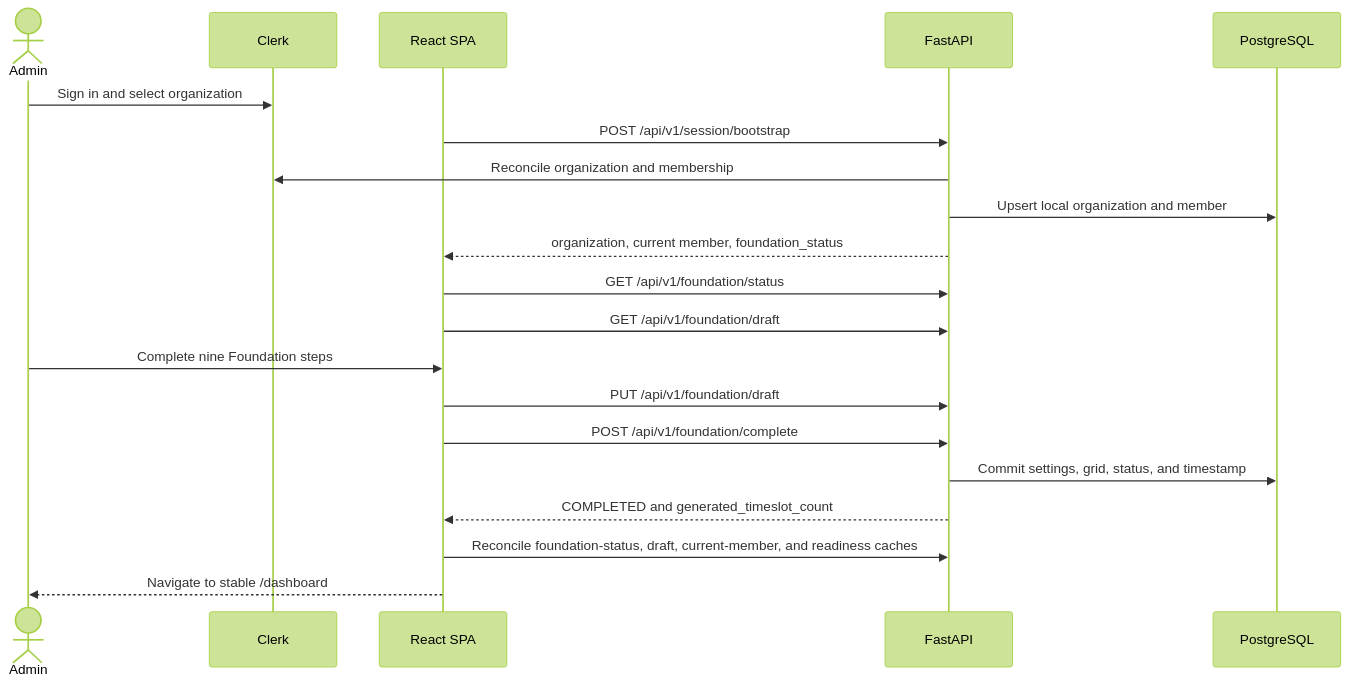
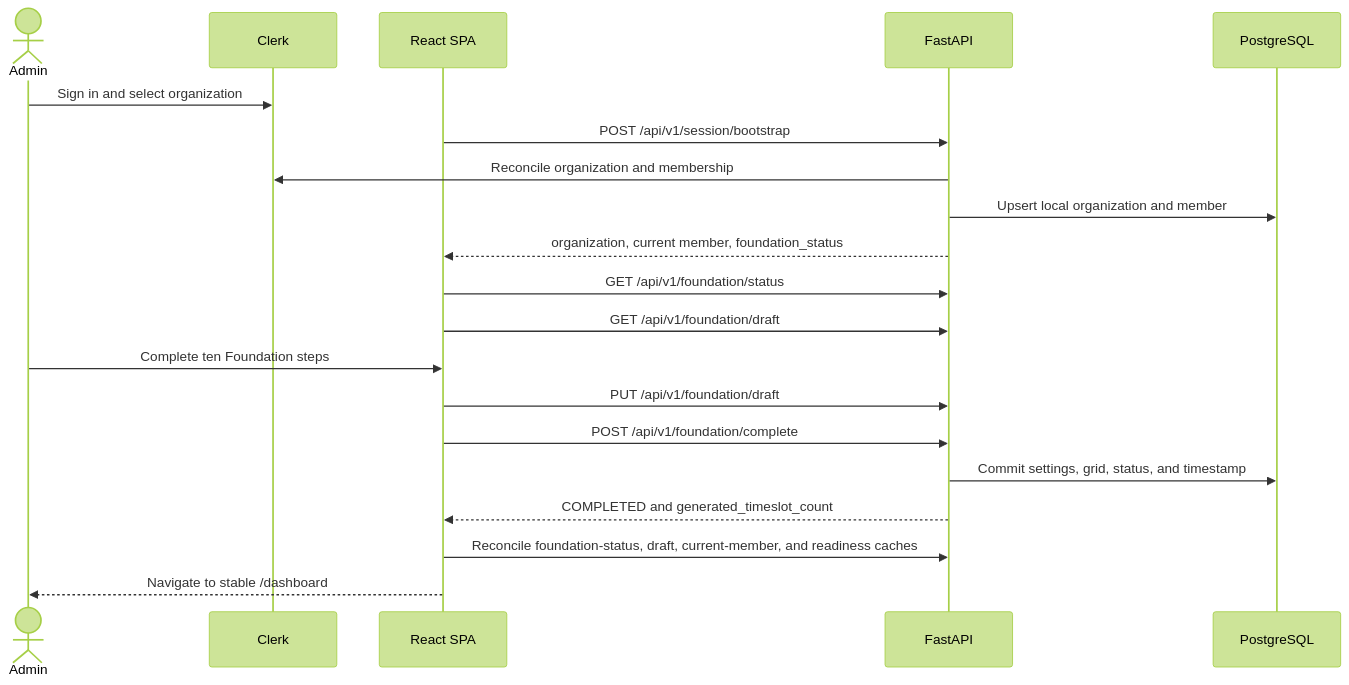
The first of 2 diagrams in documentation/00_getting_started/TECHNICAL_WALKTHROUGH.md (ORIOP25/Cronos), drawn with Mermaid (forest theme) before and after one commit. The commit also changed other lines of this file and 113 other files, not shown here.

````diff
--- a/documentation/00_getting_started/TECHNICAL_WALKTHROUGH.md
+++ b/documentation/00_getting_started/TECHNICAL_WALKTHROUGH.md
@@ -53,23 +54,23 @@
 ```mermaid
 sequenceDiagram
     actor Admin
     participant Clerk
     participant FE as React SPA
     participant API as FastAPI
     participant DB as PostgreSQL
 
     Admin->>Clerk: Sign in and select organization
     FE->>API: POST /api/v1/session/bootstrap
     API->>Clerk: Reconcile organization and membership
     API->>DB: Upsert local organization and member
     API-->>FE: organization, current member, foundation_status
     FE->>API: GET /api/v1/foundation/status
     FE->>API: GET /api/v1/foundation/draft
-    Admin->>FE: Complete nine Foundation steps
+    Admin->>FE: Complete ten Foundation steps
     FE->>API: PUT /api/v1/foundation/draft
     FE->>API: POST /api/v1/foundation/complete
     API->>DB: Commit settings, grid, status, and timestamp
     API-->>FE: COMPLETED and generated_timeslot_count
     FE->>API: Reconcile foundation-status, draft, current-member, and readiness caches
     FE-->>Admin: Navigate to stable /dashboard
 ```
````
